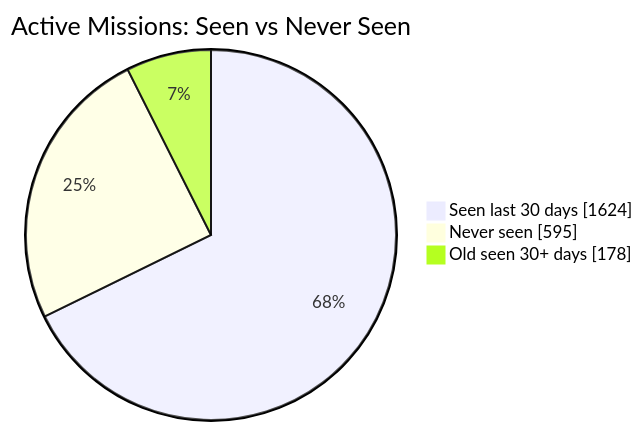
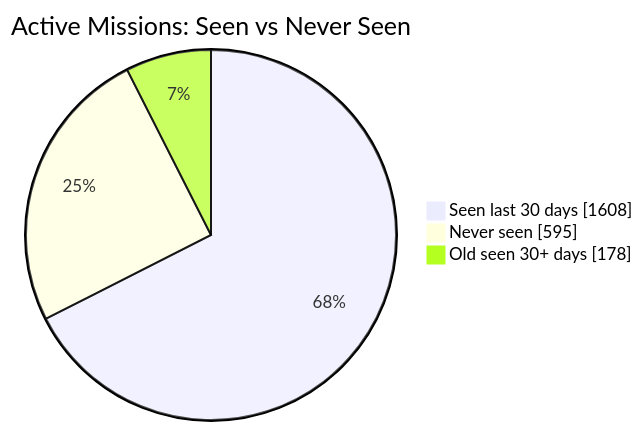
One commit to MeldkamerspelGameTeam/active-missions changed the first of 2 diagrams in README.md. Above: the diagram before and after it, drawn with Mermaid. The commit also changed other lines of this file and 7 other files, not shown here.

````diff
--- a/README.md
+++ b/README.md
@@ -34,7 +34,7 @@
 ```mermaid
 pie showData
     title Active Missions: Seen vs Never Seen
-    "Seen last 30 days" : 1624
+    "Seen last 30 days" : 1608
     "Never seen" : 595
     "Old seen 30+ days" : 178
 ```
````
